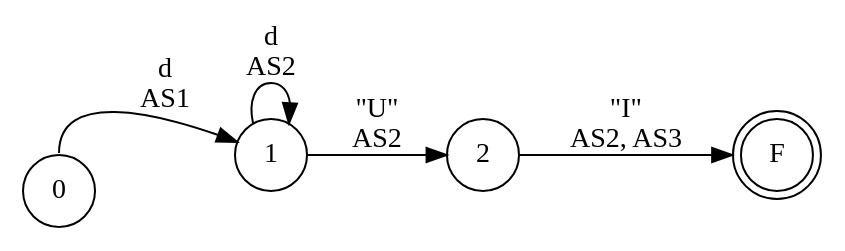
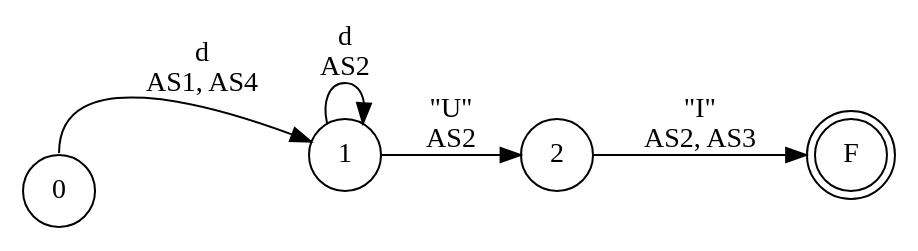
One commit to iroumec/RouVel-Compiler changed the diagram in resources/FA/FADiagrams/uint.dot. Above: the diagram before and after it, drawn with Graphviz. The commit also changed 12 other files, not shown here.

```diff
--- a/resources/FA/FADiagrams/uint.dot
+++ b/resources/FA/FADiagrams/uint.dot
@@ -1,10 +1,10 @@
 digraph DFA {
     rankdir = LR;
     node [shape = circle;];
     F [shape = doublecircle;];
     
-    0 -> 1 [label = "d \n AS1"; tailport = n;];
+    0 -> 1 [label = "d \n AS1, AS4"; tailport = n;];
     1 -> 1 [label = "d \n AS2";];
     1 -> 2 [label = "\"U\" \n AS2";];
     2 -> F [label = "\"I\" \n AS2, AS3";];
 }
```
